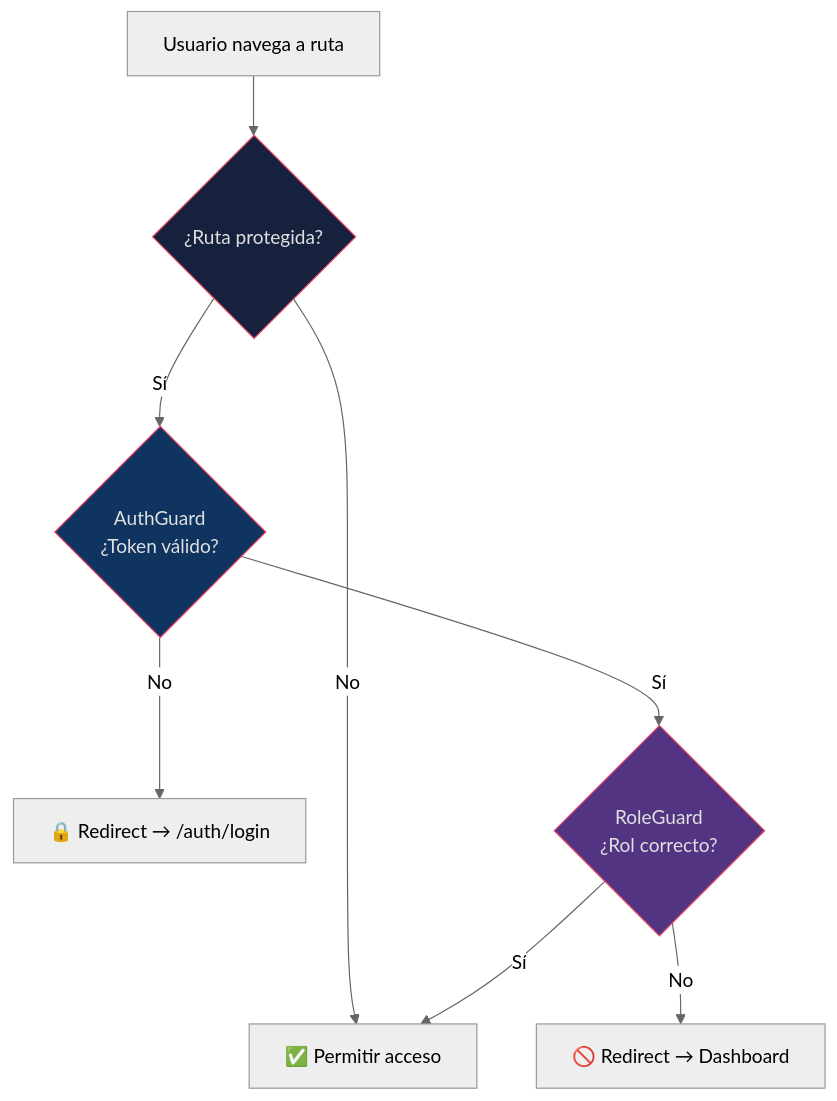
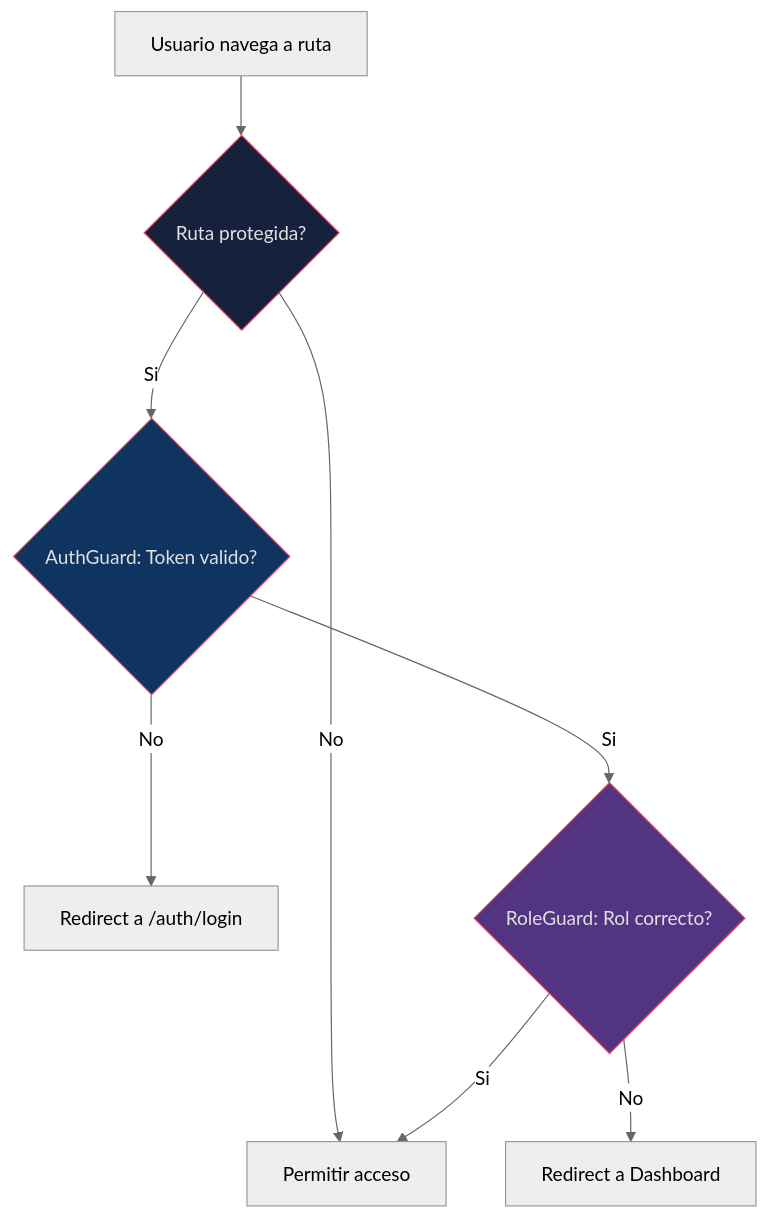
One commit to Sestmar/TFG-SergioEstudillo changed the third of 3 diagrams in docs/frontend/FRONTEND.md. Above: the diagram before and after it, drawn with Mermaid (neutral theme). The commit also changed other lines of this file and 8 other files, not shown here.

````diff
--- a/docs/frontend/FRONTEND.md
+++ b/docs/frontend/FRONTEND.md
@@ -318,14 +333,14 @@
 ```mermaid
 graph TD
-    U["Usuario navega a ruta"] --> R{"¿Ruta protegida?"}
-    R -- "No" --> P["✅ Permitir acceso"]
-    R -- "Sí" --> AG{"AuthGuard<br/>¿Token válido?"}
-    AG -- "No" --> L["🔒 Redirect → /auth/login"]
-    AG -- "Sí" --> RG{"RoleGuard<br/>¿Rol correcto?"}
-    RG -- "No" --> D["🚫 Redirect → Dashboard"]
-    RG -- "Sí" --> P
+    U["Usuario navega a ruta"] --> R{"Ruta protegida?"}
+    R -- "No" --> P["Permitir acceso"]
+    R -- "Si" --> AG{"AuthGuard: Token valido?"}
+    AG -- "No" --> L["Redirect a /auth/login"]
+    AG -- "Si" --> RG{"RoleGuard: Rol correcto?"}
+    RG -- "No" --> D["Redirect a Dashboard"]
+    RG -- "Si" --> P
 
     style R fill:#16213e,stroke:#e94560,color:#e0e0e0
     style AG fill:#0f3460,stroke:#e94560,color:#e0e0e0
     style RG fill:#533483,stroke:#e94560,color:#e0e0e0
 ```
````
